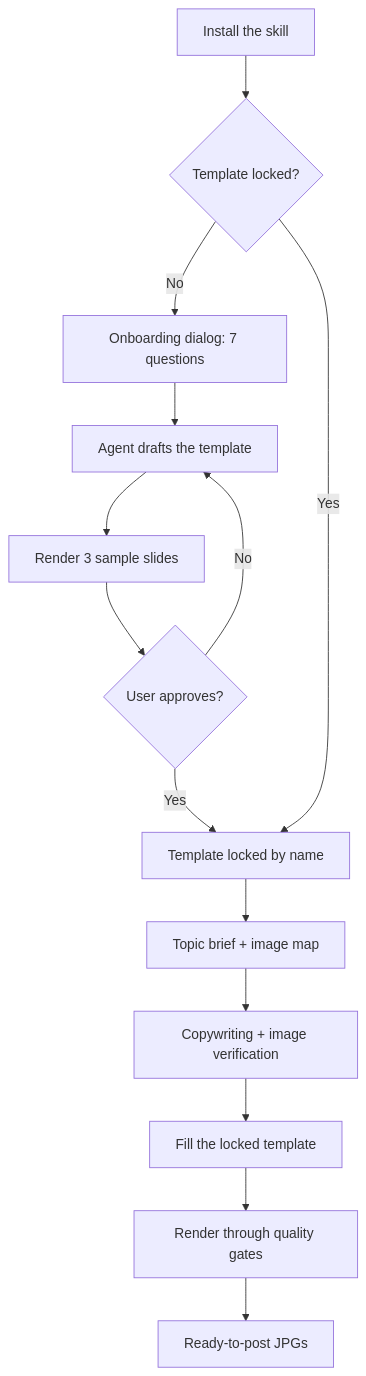
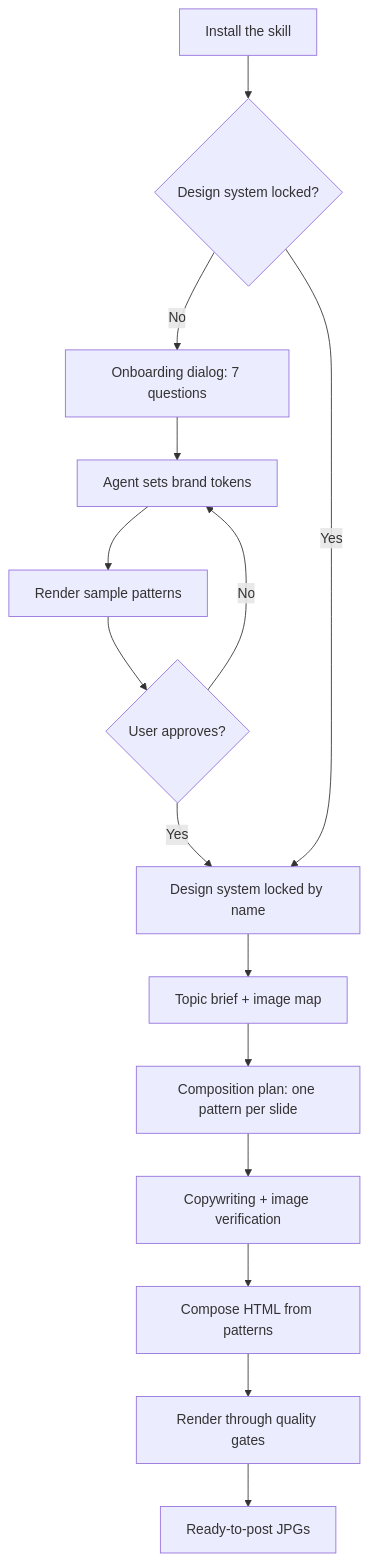
Before and after one commit to grafisify/carouso: the diagram in README.md, drawn with Mermaid. The commit also changed other lines of this file and 8 other files, not shown here.

Commit message:
Design-system release: tokens + 12-pattern library, compose-don't-fill flow, variety hard rules

````diff
--- a/README.md
+++ b/README.md
@@ -29,16 +29,17 @@
 ```mermaid
 flowchart TD
-    A[Install the skill] --> B{Template locked?}
+    A[Install the skill] --> B{Design system locked?}
     B -->|No| C[Onboarding dialog: 7 questions]
-    C --> D[Agent drafts the template]
-    D --> E[Render 3 sample slides]
+    C --> D[Agent sets brand tokens]
+    D --> E[Render sample patterns]
     E --> F{User approves?}
     F -->|No| D
-    F -->|Yes| G[Template locked by name]
+    F -->|Yes| G[Design system locked by name]
     B -->|Yes| G
     G --> H[Topic brief + image map]
-    H --> I[Copywriting + image verification]
-    I --> J[Fill the locked template]
-    J --> K[Render through quality gates]
-    K --> L[Ready-to-post JPGs]
+    H --> I[Composition plan: one pattern per slide]
+    I --> J[Copywriting + image verification]
+    J --> K[Compose HTML from patterns]
+    K --> L[Render through quality gates]
+    L --> M[Ready-to-post JPGs]
 ```
````
